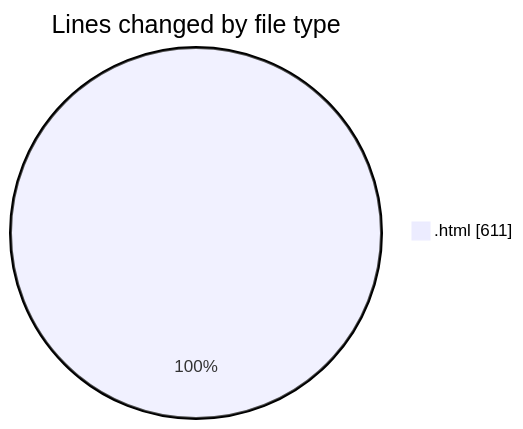
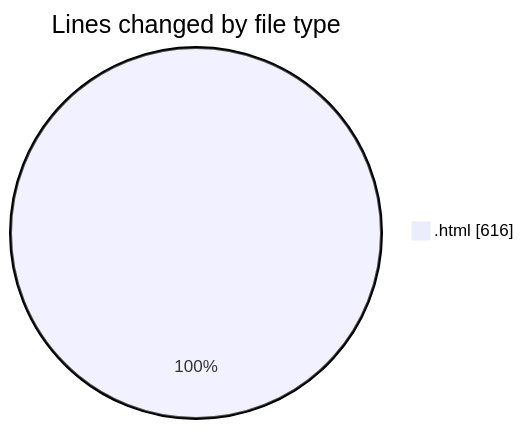
One commit to LanceThiago/code-tracking changed the first of 2 diagrams in 2025-01-08/nueva_carpeta/README.md. Above: the diagram before and after it, drawn with Mermaid. The commit also changed other lines of this file and 1 other file, not shown here.

````diff
--- a/2025-01-08/nueva_carpeta/README.md
+++ b/2025-01-08/nueva_carpeta/README.md
@@ -20,5 +20,5 @@
 ```mermaid
 pie showData
 title Lines changed by file type
-".html" : 611
+".html" : 616
 ```
````
